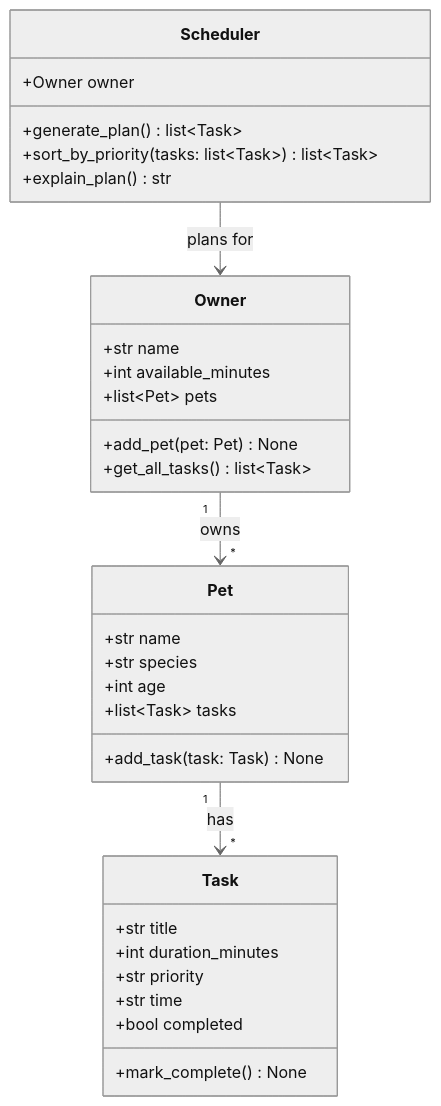
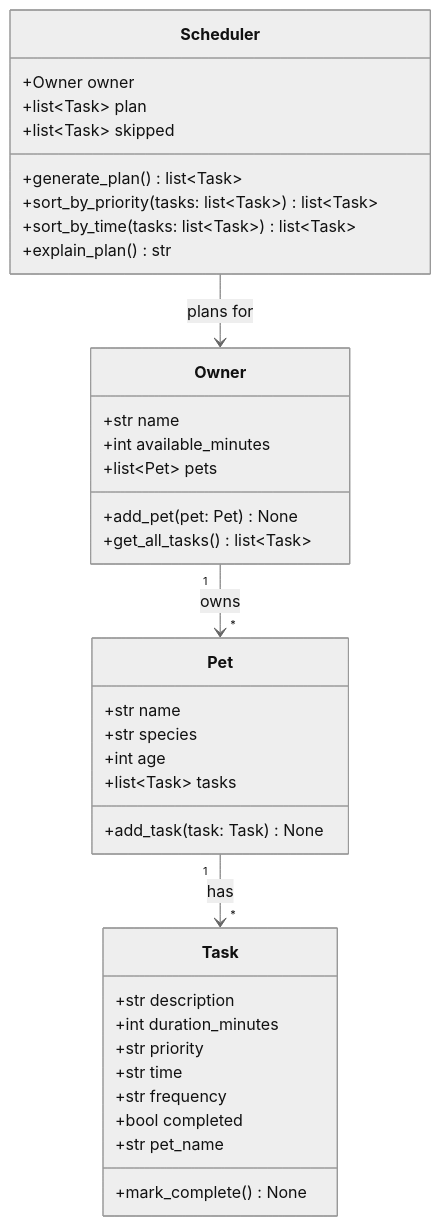
The diagram in diagrams/uml.mmd (shrutimalsina/pawpal-starter), drawn with Mermaid (neutral theme) before and after one commit. The commit also changed 6 other files, not shown here.

```diff
--- a/diagrams/uml.mmd
+++ b/diagrams/uml.mmd
@@ -1,36 +1,41 @@
 classDiagram
     class Owner {
         +str name
         +int available_minutes
         +list~Pet~ pets
         +add_pet(pet: Pet) None
         +get_all_tasks() list~Task~
     }
 
     class Pet {
         +str name
         +str species
         +int age
         +list~Task~ tasks
         +add_task(task: Task) None
     }
 
     class Task {
-        +str title
+        +str description
         +int duration_minutes
         +str priority
         +str time
+        +str frequency
         +bool completed
+        +str pet_name
         +mark_complete() None
     }
 
     class Scheduler {
         +Owner owner
+        +list~Task~ plan
+        +list~Task~ skipped
         +generate_plan() list~Task~
         +sort_by_priority(tasks: list~Task~) list~Task~
+        +sort_by_time(tasks: list~Task~) list~Task~
         +explain_plan() str
     }
 
     Owner "1" --> "*" Pet : owns
     Pet "1" --> "*" Task : has
     Scheduler --> Owner : plans for
```
